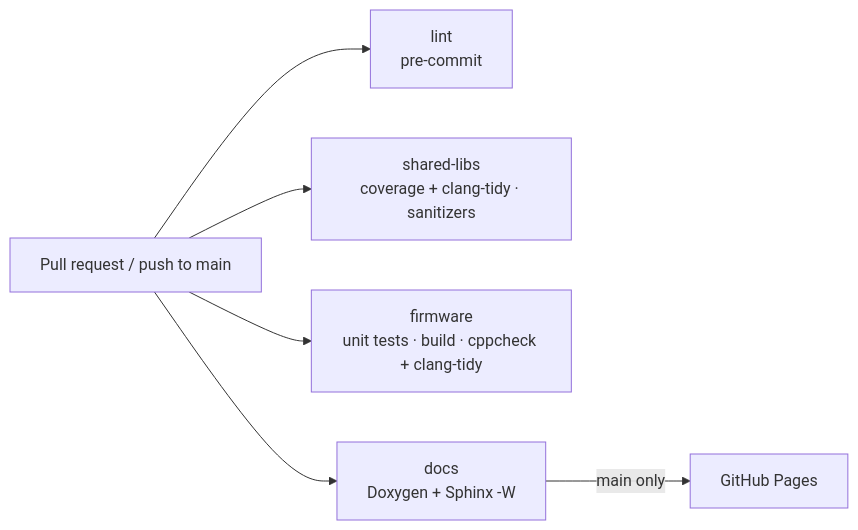
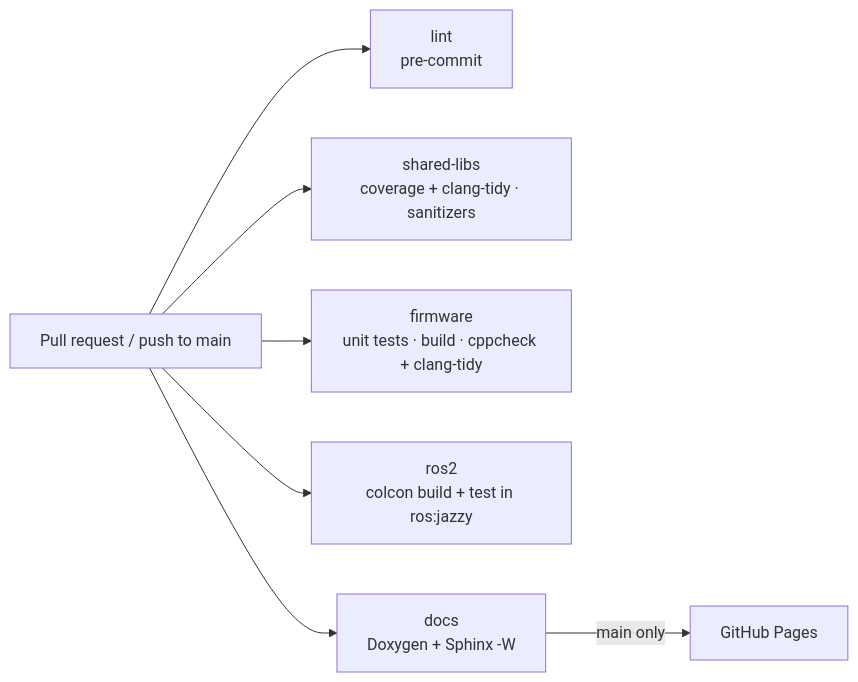
Before and after one commit to dagebg/ros2-self-balancing-robot: the diagram in docs/source/development/ci-cd.md, drawn with Mermaid. The commit also changed other lines of this file and 12 other files, not shown here.

````diff
--- a/docs/source/development/ci-cd.md
+++ b/docs/source/development/ci-cd.md
@@ -6,8 +6,9 @@
 ```mermaid
 flowchart LR
   PR["Pull request / push to main"] --> LINT["lint<br/>pre-commit"]
   PR --> SH["shared-libs<br/>coverage + clang-tidy · sanitizers"]
   PR --> FW["firmware<br/>unit tests · build · cppcheck + clang-tidy"]
+  PR --> ROS["ros2<br/>colcon build + test in ros:jazzy"]
   PR --> DOCS["docs<br/>Doxygen + Sphinx -W"]
   DOCS -- "main only" --> PAGES["GitHub Pages"]
 ```
````
